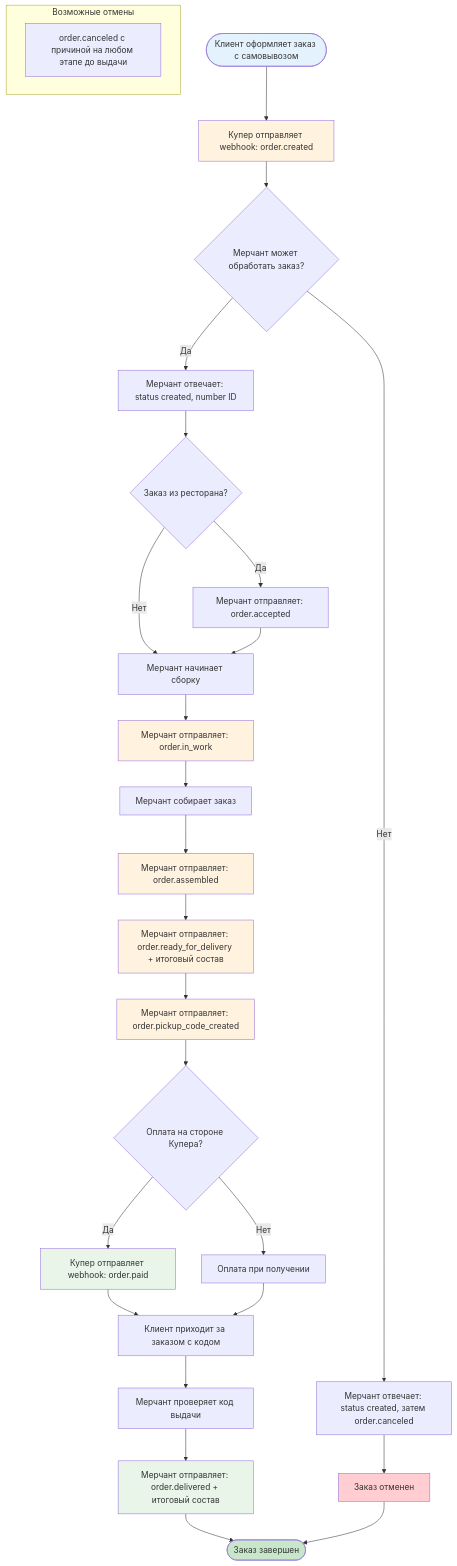
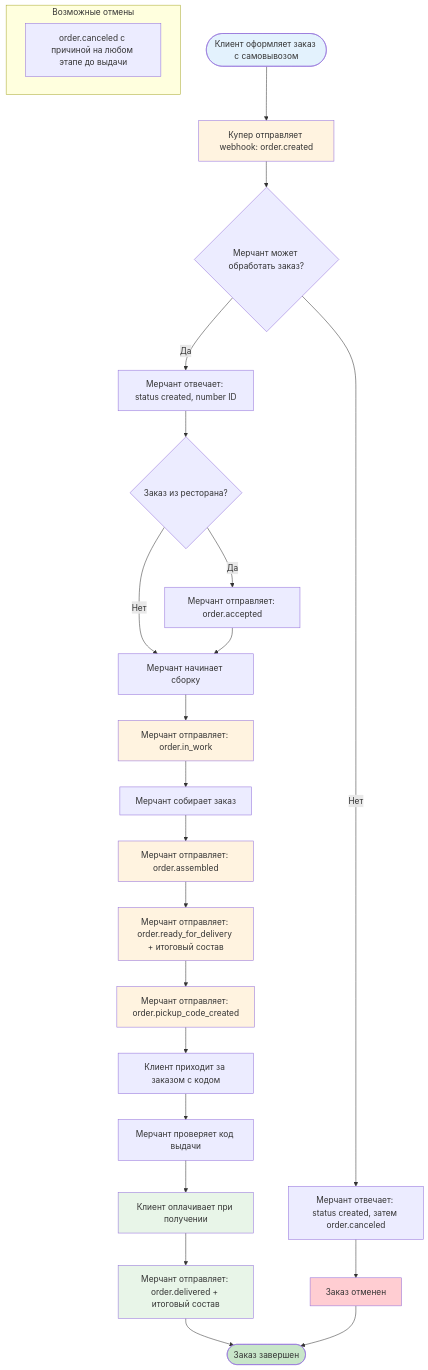
Before and after one commit to benbut/kuper: the first of 3 diagrams in assets/kuper-pickup-integration.md, drawn with Mermaid. The commit also changed other lines of this file, not shown here.

````diff
--- a/assets/kuper-pickup-integration.md
+++ b/assets/kuper-pickup-integration.md
@@ -15,47 +15,43 @@
 ```mermaid
 flowchart TD
     Start([Клиент оформляет заказ с самовывозом]) --> A[Купер отправляет webhook: order.created]
     A --> B{Мерчант может обработать заказ?}
     
     B -->|Да| C[Мерчант отвечает: status created, number ID]
     B -->|Нет| D[Мерчант отвечает: status created, затем order.canceled]
     
     C --> E{Заказ из ресторана?}
     E -->|Да| F[Мерчант отправляет: order.accepted]
     E -->|Нет| G[Мерчант начинает сборку]
     F --> G
     
     G --> H[Мерчант отправляет: order.in_work]
     H --> I[Мерчант собирает заказ]
     I --> J[Мерчант отправляет: order.assembled]
     J --> K[Мерчант отправляет: order.ready_for_delivery + итоговый состав]
     
     K --> L[Мерчант отправляет: order.pickup_code_created]
-    L --> M{Оплата на стороне Купера?}
-    M -->|Да| N[Купер отправляет webhook: order.paid]
-    M -->|Нет| O[Оплата при получении]
-    
-    N --> P[Клиент приходит за заказом с кодом]
-    O --> P
+    L --> P[Клиент приходит за заказом с кодом]
     P --> Q[Мерчант проверяет код выдачи]
-    Q --> R[Мерчант отправляет: order.delivered + итоговый состав]
+    Q --> R[Клиент оплачивает при получении]
+    R --> S[Мерчант отправляет: order.delivered + итоговый состав]
     
     D --> Cancel[Заказ отменен]
-    R --> End([Заказ завершен])
+    S --> End([Заказ завершен])
     Cancel --> End
     
     subgraph "Возможные отмены"
         AnyCancel[order.canceled с причиной на любом этапе до выдачи]
     end
     
     style Start fill:#e3f2fd
     style End fill:#c8e6c9
     style Cancel fill:#ffcdd2
     style A fill:#fff3e0
     style H fill:#fff3e0
     style J fill:#fff3e0
     style K fill:#fff3e0
     style L fill:#fff3e0
-    style N fill:#e8f5e8
     style R fill:#e8f5e8
+    style S fill:#e8f5e8
 ```
````
